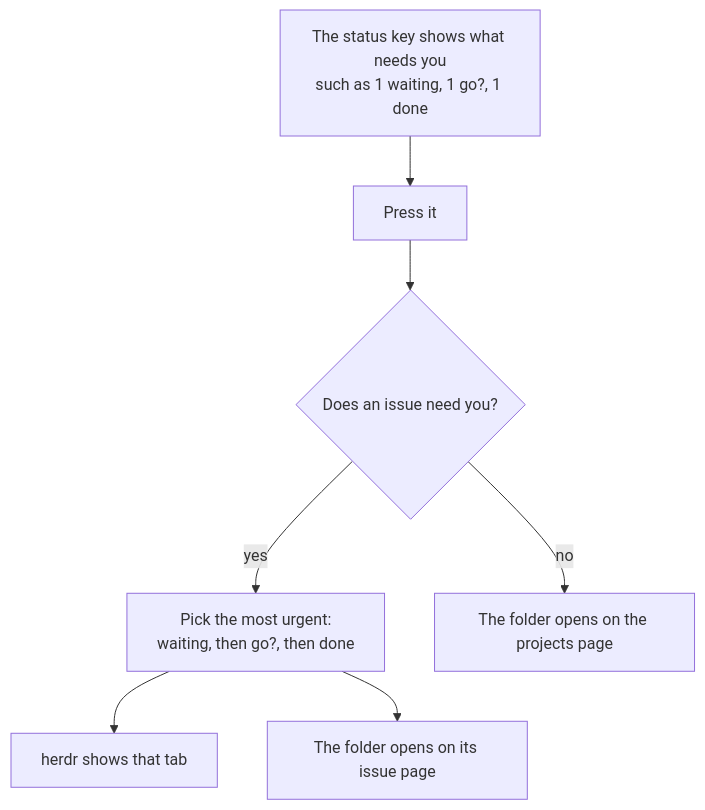
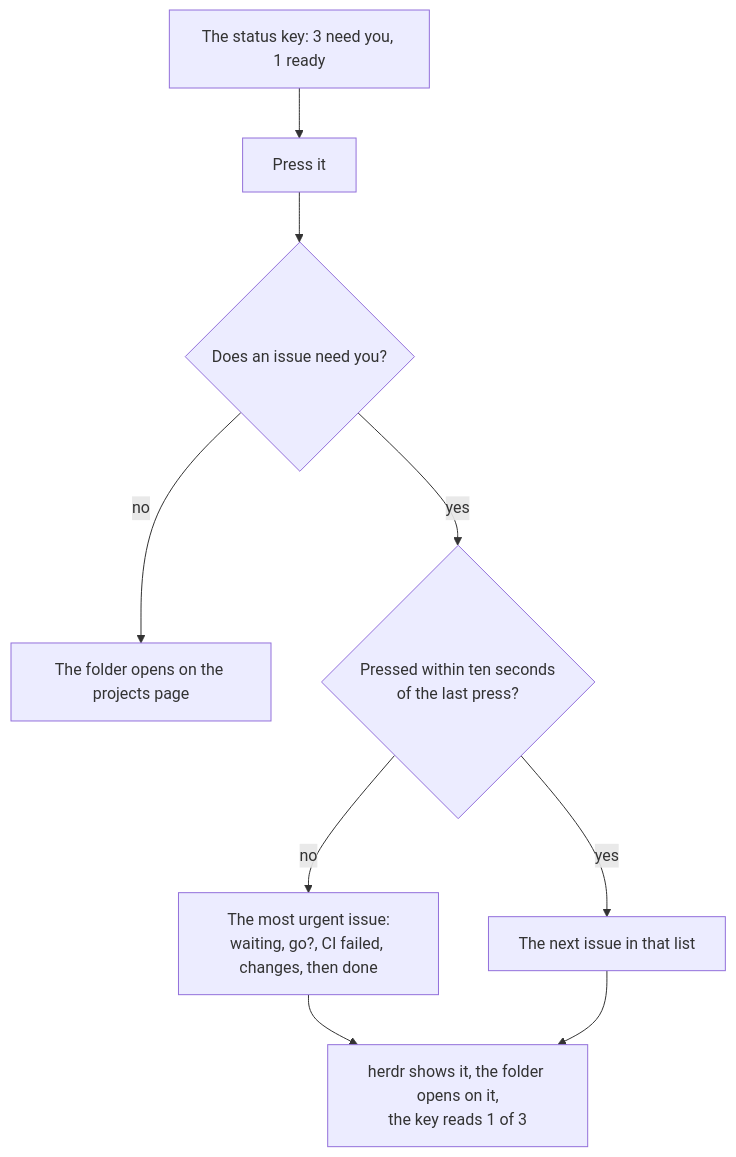
One commit to PieterLuypaert/helm changed the sixth of 7 diagrams in docs/flows.md. Above: the diagram before and after it, drawn with Mermaid. The commit also changed other lines of this file and 4 other files, not shown here.

First line of the commit message:
docs: show pull requests and the status key walk

````diff
--- a/docs/flows.md
+++ b/docs/flows.md
@@ -131,9 +139,11 @@
 ```mermaid
 flowchart TD
-    look["The status key shows what needs you<br/>such as 1 waiting, 1 go?, 1 done"] --> press["Press it"]
+    look["The status key: 3 need you, 1 ready"] --> press["Press it"]
     press --> any{"Does an issue need you?"}
-    any -->|yes| most["Pick the most urgent:<br/>waiting, then go?, then done"]
-    most --> screen["herdr shows that tab"]
-    most --> folder["The folder opens on its issue page"]
     any -->|no| projects["The folder opens on the projects page"]
+    any -->|yes| within{"Pressed within ten seconds<br/>of the last press?"}
+    within -->|no| first["The most urgent issue:<br/>waiting, go?, CI failed, changes, then done"]
+    within -->|yes| next["The next issue in that list"]
+    first --> show["herdr shows it, the folder opens on it,<br/>the key reads 1 of 3"]
+    next --> show
 ```
````
